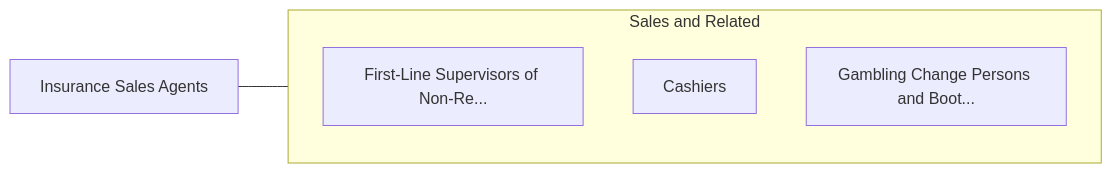
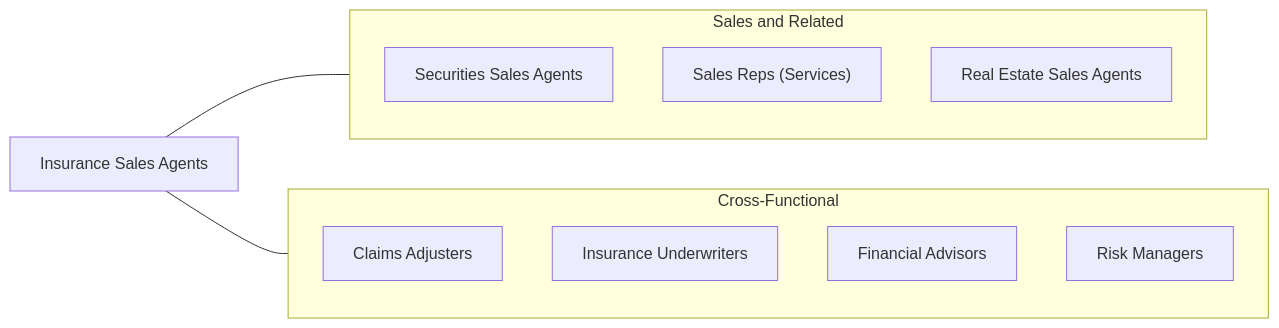
One commit to kziemski/business.org.ai changed the fourth of 4 diagrams in occupations/Sales/InsuranceSalesAgents.mdx. Above: the diagram before and after it, drawn with Mermaid. The commit also changed other lines of this file and 938 other files, not shown here.

````diff
--- a/occupations/Sales/InsuranceSalesAgents.mdx
+++ b/occupations/Sales/InsuranceSalesAgents.mdx
@@ -104,13 +176,20 @@
 ```mermaid
 graph LR
     Current["Insurance Sales Agents"]
 
     subgraph SameCategory["Sales and Related"]
-        FirstLineSupervisors["First-Line Supervisors of Retail..."]
-        FirstLineSupervisors["First-Line Supervisors of Non-Re..."]
-        Cashiers["Cashiers"]
-        GamblingChangePerson["Gambling Change Persons and Boot..."]
+        SecuritiesSales["Securities Sales Agents"]
+        SalesReps["Sales Reps (Services)"]
+        RealEstate["Real Estate Sales Agents"]
+    end
+
+    subgraph CrossFunctional["Cross-Functional"]
+        ClaimsAdjusters["Claims Adjusters"]
+        Underwriters["Insurance Underwriters"]
+        FinancialAdvisors["Financial Advisors"]
+        RiskManagers["Risk Managers"]
     end
 
     Current --- SameCategory
+    Current --- CrossFunctional
 ```
````
